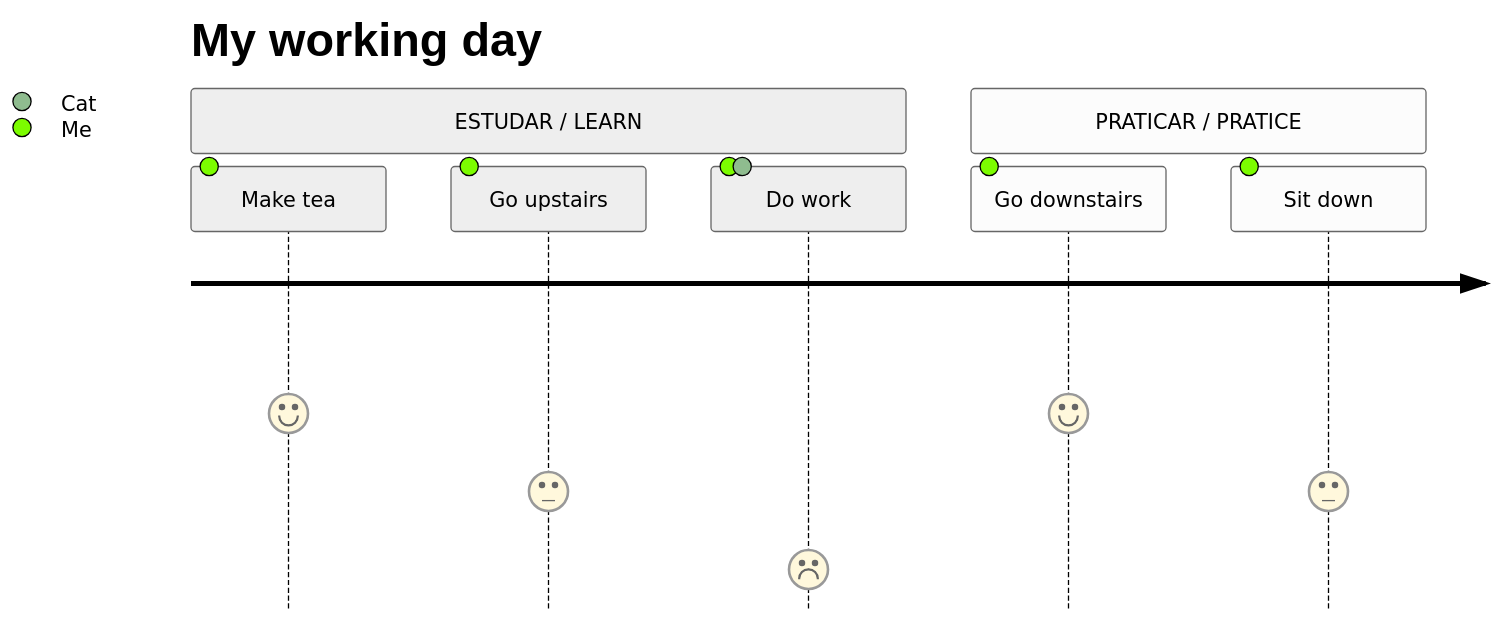
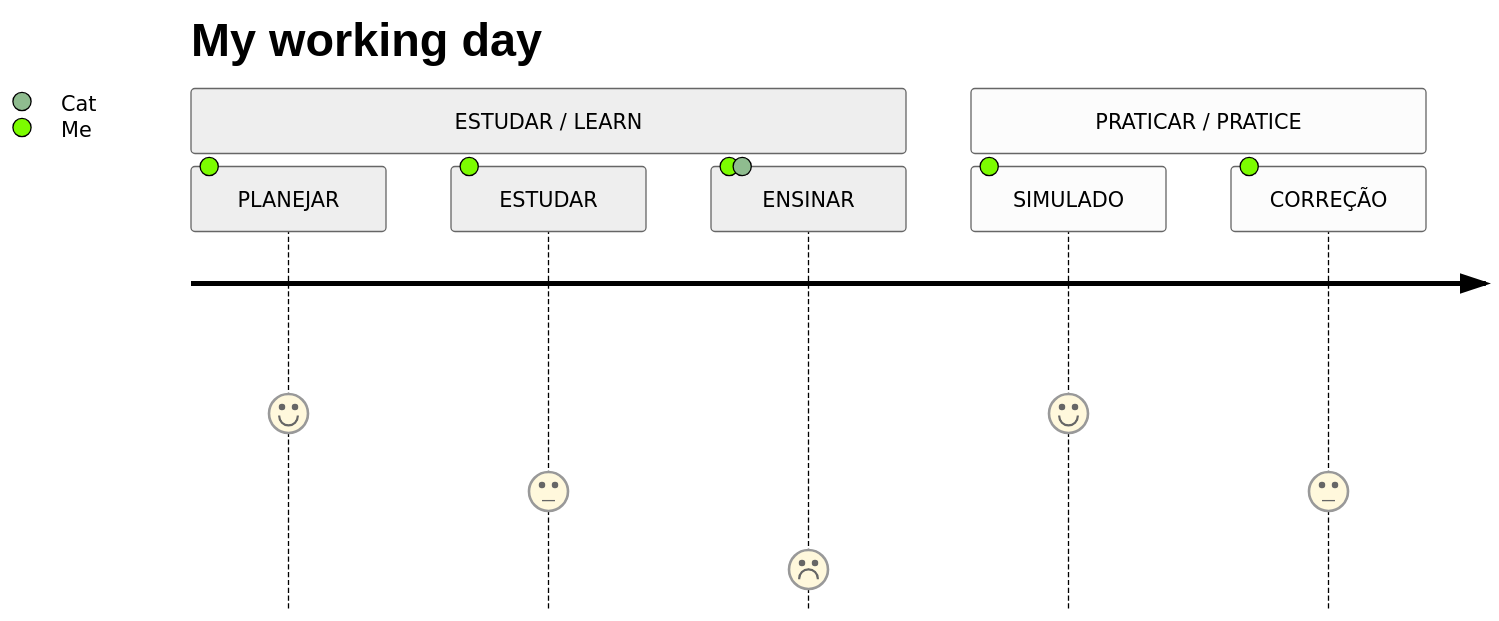
Before and after one commit to SauloCandeira/concursos: the third of 3 diagrams in readme.md, drawn with Mermaid (neutral theme).

````diff
--- a/readme.md
+++ b/readme.md
@@ -52,14 +52,14 @@
 ```mermaid
   journey
     title My working day
     
     section ESTUDAR / LEARN
-      Make tea: 5: Me
+      PLANEJAR: 5: Me
       
-      Go upstairs: 3: Me
-      Do work: 1: Me, Cat
+      ESTUDAR: 3: Me
+      ENSINAR: 1: Me, Cat
     
     section PRATICAR / PRATICE
-      Go downstairs: 5: Me
-      Sit down: 3: Me
+      SIMULADO: 5: Me
+      CORREÇÃO: 3: Me
 ```
````
